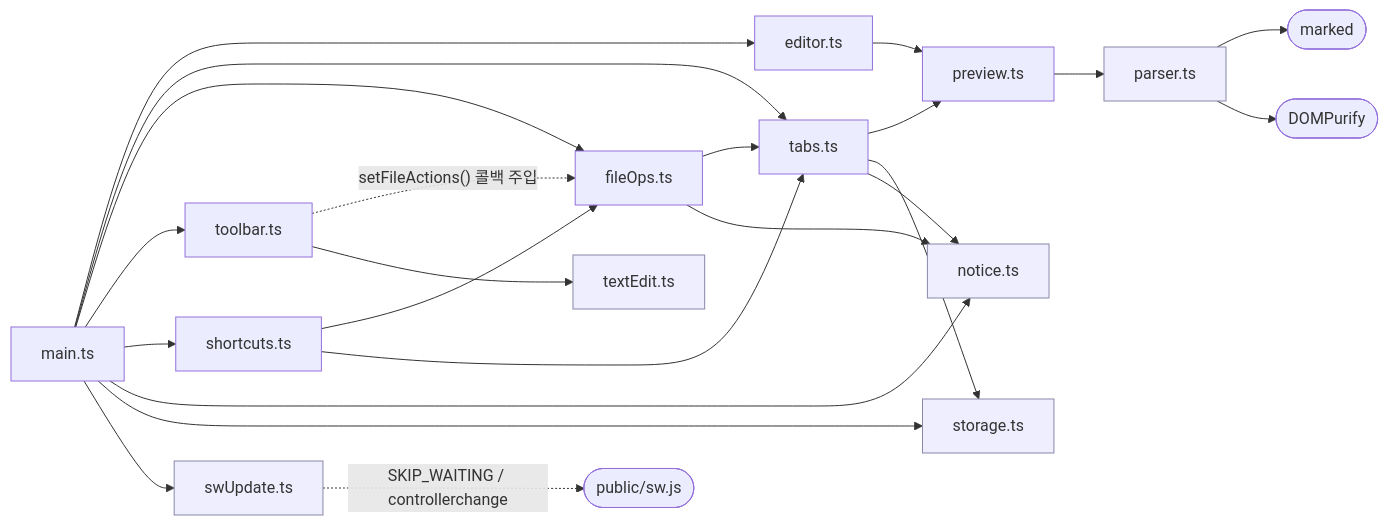
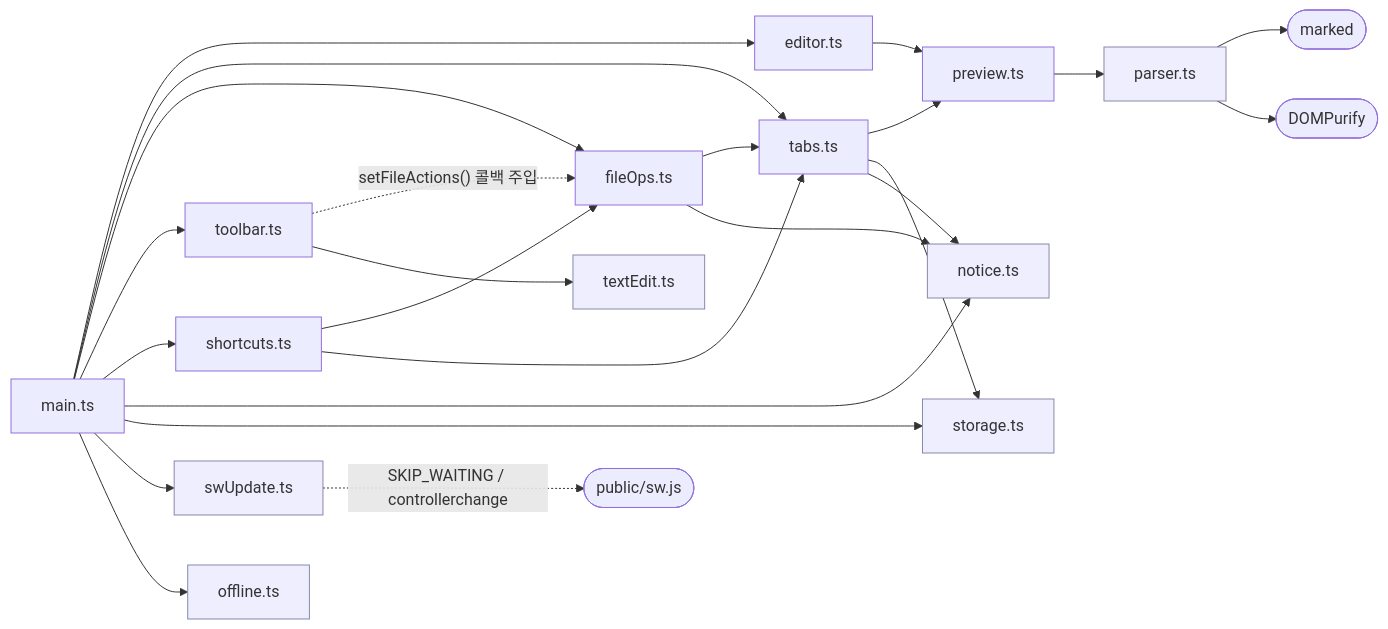
Before and after one commit to devworld-ltd/markdownEditor: the diagram in docs/architecture/traceability.md, drawn with Mermaid. The commit also changed other lines of this file and 10 other files, not shown here.

````diff
--- a/docs/architecture/traceability.md
+++ b/docs/architecture/traceability.md
@@ -39,30 +41,31 @@
 ```mermaid
 graph LR
   main["main.ts"] --> editor["editor.ts"]
   main --> tabs["tabs.ts"]
   main --> fileOps["fileOps.ts"]
   main --> toolbar["toolbar.ts"]
   main --> shortcuts["shortcuts.ts"]
   main --> notice["notice.ts"]
   main --> storage["storage.ts"]
   main --> swUpdate["swUpdate.ts"]
+  main --> offline["offline.ts"]
   swUpdate -. "SKIP_WAITING / controllerchange" .-> sw(["public/sw.js"])
 
   editor --> preview["preview.ts"]
   tabs --> preview
   tabs --> storage
   preview --> parser["parser.ts"]
   parser --> marked(["marked"])
   parser --> purify(["DOMPurify"])
 
   fileOps --> tabs
   fileOps --> notice
   tabs --> notice
   shortcuts --> fileOps
   shortcuts --> tabs
   toolbar -. "setFileActions() 콜백 주입" .-> fileOps
   toolbar --> textEdit["textEdit.ts"]
 
   classDef leaf fill:#eef,stroke:#88a
-  class parser,storage,notice,swUpdate,textEdit leaf
+  class parser,storage,notice,swUpdate,textEdit,offline leaf
 ```
````
